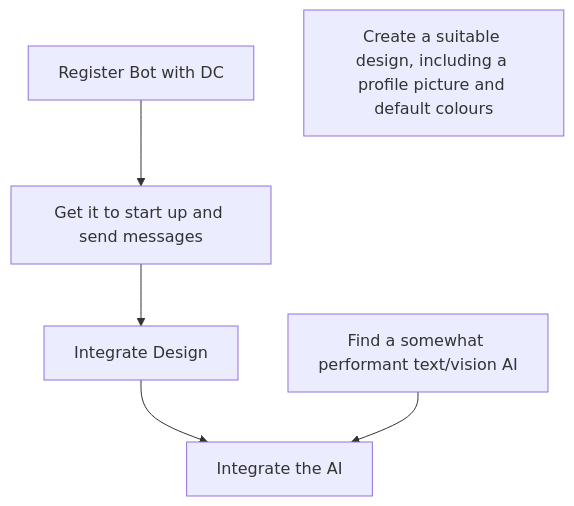
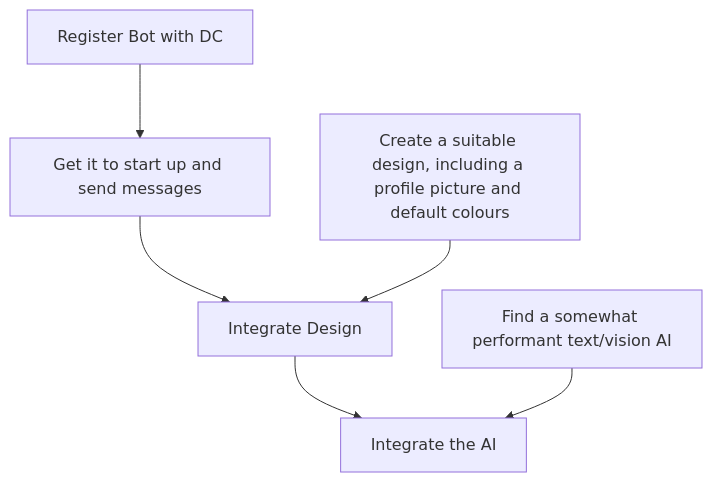
The diagram in README.md (GraceHopper0012/discord-ai), drawn with Mermaid before and after one commit.

Commit message:
Update roadmap

````diff
--- a/README.md
+++ b/README.md
@@ -4,6 +4,6 @@
 ```mermaid
 graph TD;
     A["Register Bot with DC"] --> B["Get it to start up and send messages"] --> E["Integrate Design"] --> D
     C["Find a somewhat performant text/vision AI"] --> D["Integrate the AI"]
-    F["Create a suitable design, including a profile picture and default colours"]
+    F["Create a suitable design, including a profile picture and default colours"] --> E
 ```
````
